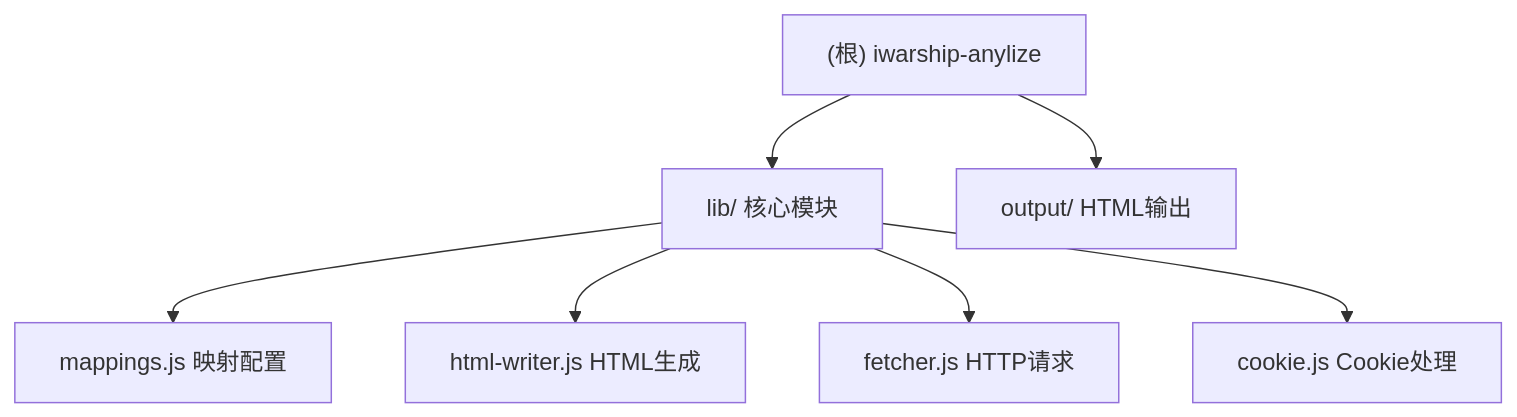
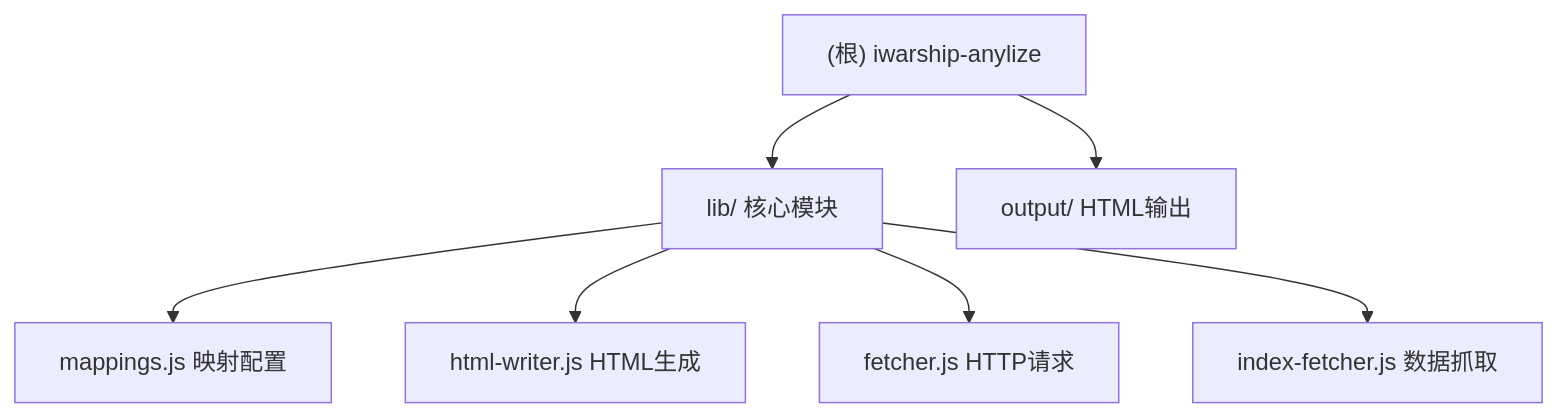
Before and after one commit to stirp/iwarship-anylize: the diagram in CLAUDE.md, drawn with Mermaid. The commit also changed other lines of this file and 8 other files, not shown here.

````diff
--- a/CLAUDE.md
+++ b/CLAUDE.md
@@ -13,12 +13,12 @@
 ```mermaid
 graph TD
     A["(根) iwarship-anylize"] --> B["lib/ 核心模块"]
     A --> C["output/ HTML输出"]
 
     B --> B1["mappings.js 映射配置"]
     B --> B2["html-writer.js HTML生成"]
     B --> B3["fetcher.js HTTP请求"]
-    B --> B4["cookie.js Cookie处理"]
+    B --> B4["index-fetcher.js 数据抓取"]
 
     click B "./lib/CLAUDE.md" "查看 lib 模块文档"
 ```
````
